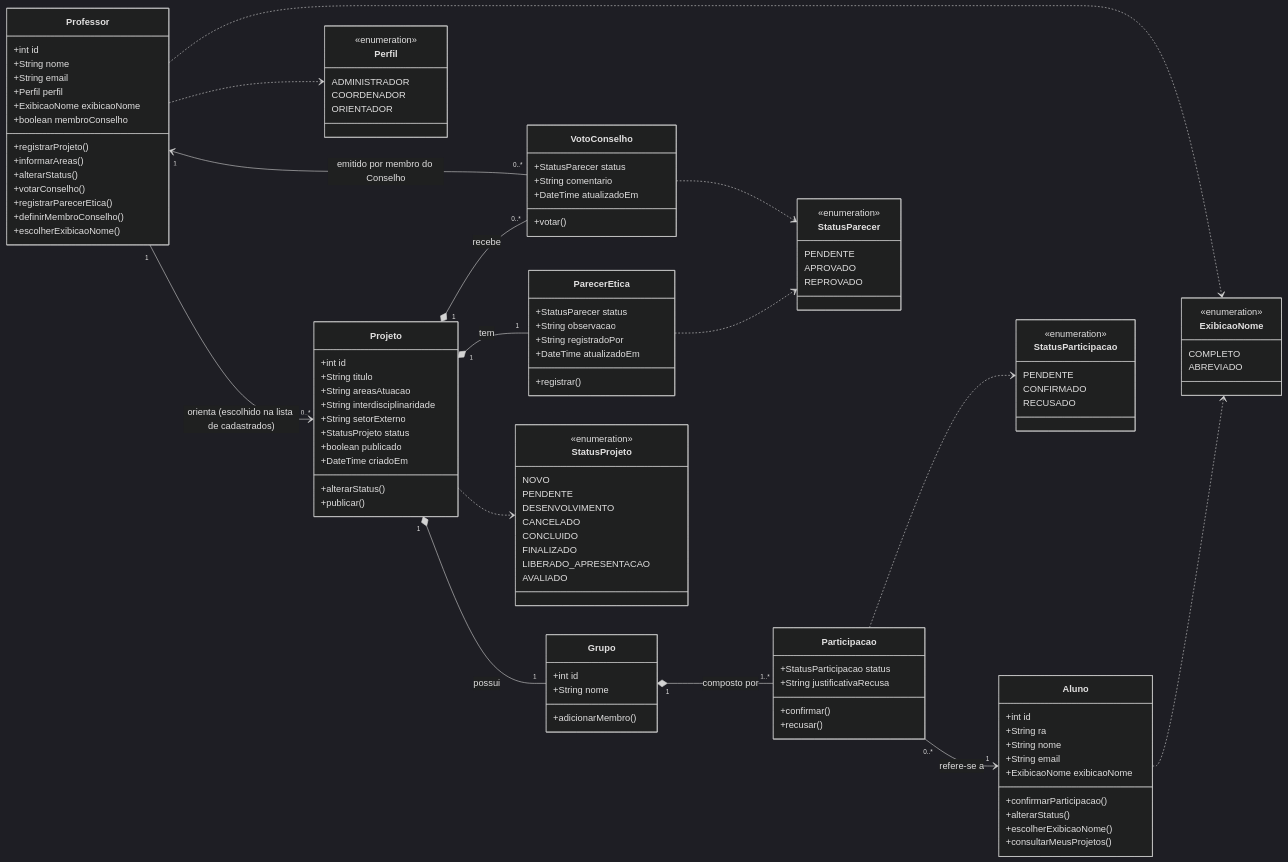
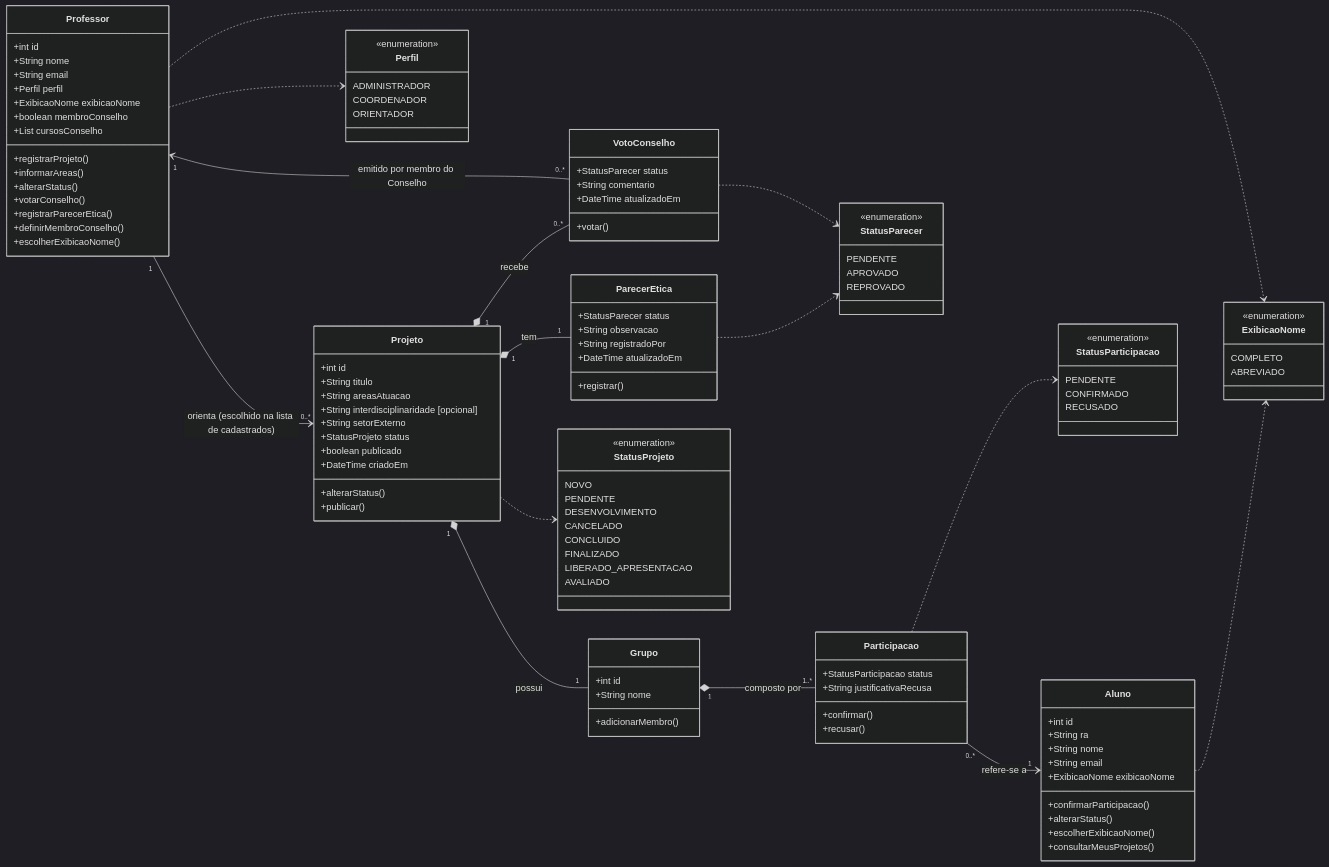
One commit to HevertonMarques/desweb_rep changed the diagram in documentos/entidades/diagrama-classes.mmd. Above: the diagram before and after it, drawn with Mermaid (dark theme). The commit also changed 26 other files, not shown here.

```diff
--- a/documentos/entidades/diagrama-classes.mmd
+++ b/documentos/entidades/diagrama-classes.mmd
@@ -1,112 +1,113 @@
 classDiagram
   direction LR
   class Professor {
     +int id
     +String nome
     +String email
     +Perfil perfil
     +ExibicaoNome exibicaoNome
     +boolean membroConselho
+    +List cursosConselho
     +registrarProjeto()
     +informarAreas()
     +alterarStatus()
     +votarConselho()
     +registrarParecerEtica()
     +definirMembroConselho()
     +escolherExibicaoNome()
   }
   class Aluno {
     +int id
     +String ra
     +String nome
     +String email
     +ExibicaoNome exibicaoNome
     +confirmarParticipacao()
     +alterarStatus()
     +escolherExibicaoNome()
     +consultarMeusProjetos()
   }
   class Projeto {
     +int id
     +String titulo
     +String areasAtuacao
-    +String interdisciplinaridade
+    +String interdisciplinaridade [opcional]
     +String setorExterno
     +StatusProjeto status
     +boolean publicado
     +DateTime criadoEm
     +alterarStatus()
     +publicar()
   }
   class Grupo {
     +int id
     +String nome
     +adicionarMembro()
   }
   class Participacao {
     +StatusParticipacao status
     +String justificativaRecusa
     +confirmar()
     +recusar()
   }
   class ParecerEtica {
     +StatusParecer status
     +String observacao
     +String registradoPor
     +DateTime atualizadoEm
     +registrar()
   }
   class VotoConselho {
     +StatusParecer status
     +String comentario
     +DateTime atualizadoEm
     +votar()
   }
   class StatusProjeto {
     <<enumeration>>
     NOVO
     PENDENTE
     DESENVOLVIMENTO
     CANCELADO
     CONCLUIDO
     FINALIZADO
     LIBERADO_APRESENTACAO
     AVALIADO
   }
   class StatusParticipacao {
     <<enumeration>>
     PENDENTE
     CONFIRMADO
     RECUSADO
   }
   class StatusParecer {
     <<enumeration>>
     PENDENTE
     APROVADO
     REPROVADO
   }
   class ExibicaoNome {
     <<enumeration>>
     COMPLETO
     ABREVIADO
   }
   class Perfil {
     <<enumeration>>
     ADMINISTRADOR
     COORDENADOR
     ORIENTADOR
   }
   Professor "1" --> "0..*" Projeto : orienta (escolhido na lista de cadastrados)
   Projeto "1" *-- "1" Grupo : possui
   Grupo "1" *-- "1..*" Participacao : composto por
   Participacao "0..*" --> "1" Aluno : refere-se a
   Projeto "1" *-- "1" ParecerEtica : tem
   Projeto "1" *-- "0..*" VotoConselho : recebe
   VotoConselho "0..*" --> "1" Professor : emitido por membro do Conselho
   Projeto ..> StatusProjeto
   Participacao ..> StatusParticipacao
   ParecerEtica ..> StatusParecer
   VotoConselho ..> StatusParecer
   Aluno ..> ExibicaoNome
   Professor ..> ExibicaoNome
   Professor ..> Perfil
```
